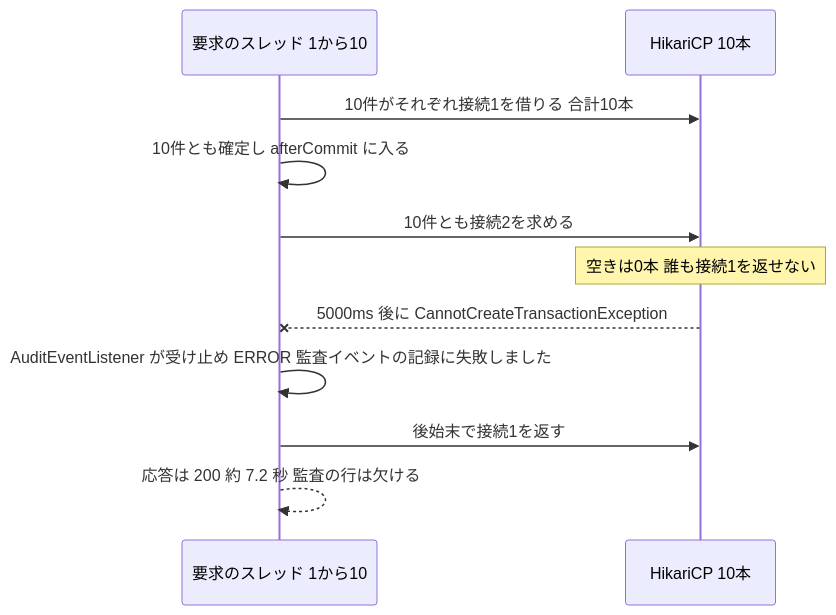
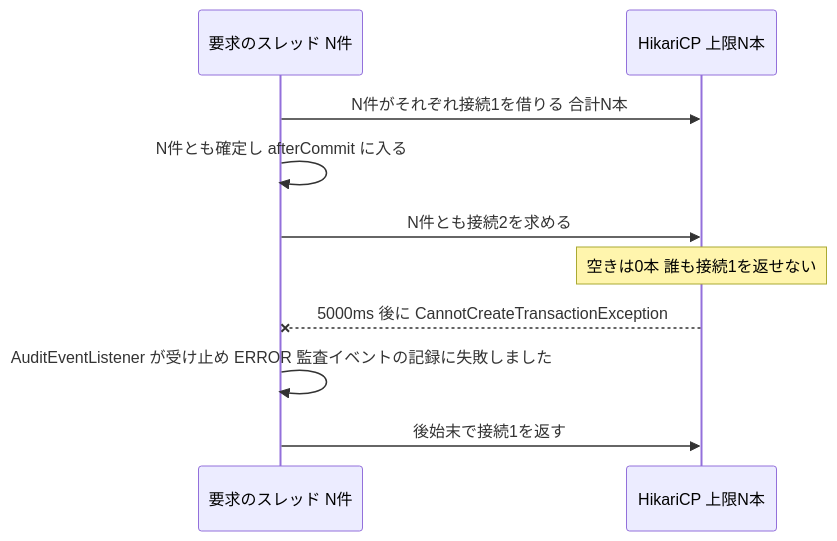
The sixth of 6 diagrams in aidlc/spaces/default/codekb/mastersmith2/architecture.md (agwlvssainokuni/mastersmith2), drawn with Mermaid before and after one commit. The commit also changed other lines of this file and 14 other files, not shown here.

````diff
--- a/aidlc/spaces/default/codekb/mastersmith2/architecture.md
+++ b/aidlc/spaces/default/codekb/mastersmith2/architecture.md
@@ -119,13 +200,12 @@
 ```mermaid
 sequenceDiagram
-    participant T as 要求のスレッド 1から10
-    participant P as HikariCP 10本
-    T->>P: 10件がそれぞれ接続1を借りる 合計10本
-    T->>T: 10件とも確定し afterCommit に入る
-    T->>P: 10件とも接続2を求める
+    participant T as 要求のスレッド N件
+    participant P as HikariCP 上限N本
+    T->>P: N件がそれぞれ接続1を借りる 合計N本
+    T->>T: N件とも確定し afterCommit に入る
+    T->>P: N件とも接続2を求める
     Note over P: 空きは0本 誰も接続1を返せない
     P--xT: 5000ms 後に CannotCreateTransactionException
     T->>T: AuditEventListener が受け止め ERROR 監査イベントの記録に失敗しました
     T->>P: 後始末で接続1を返す
-    T-->>T: 応答は 200 約 7.2 秒 監査の行は欠ける
 ```
````
